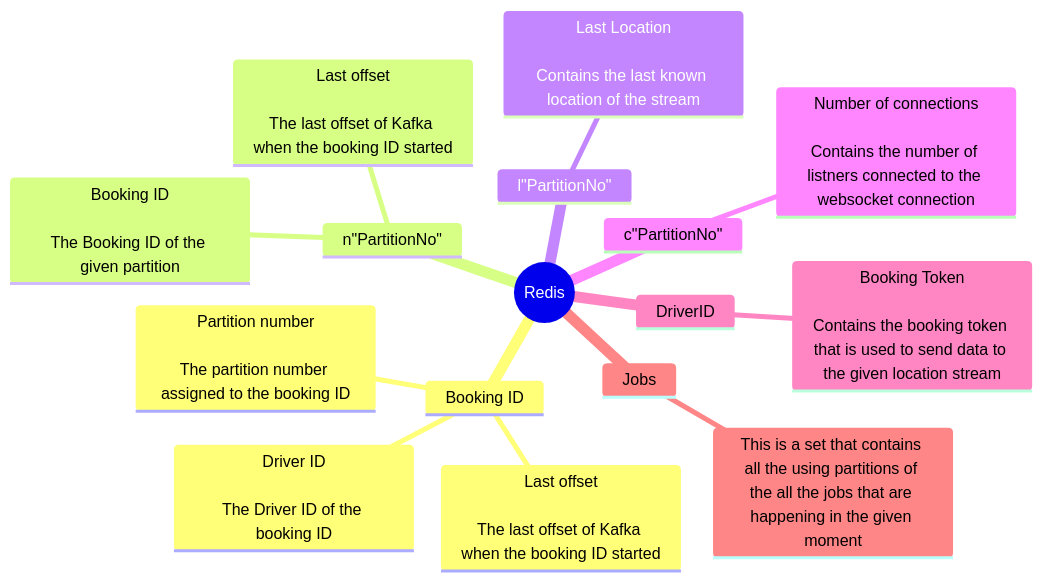
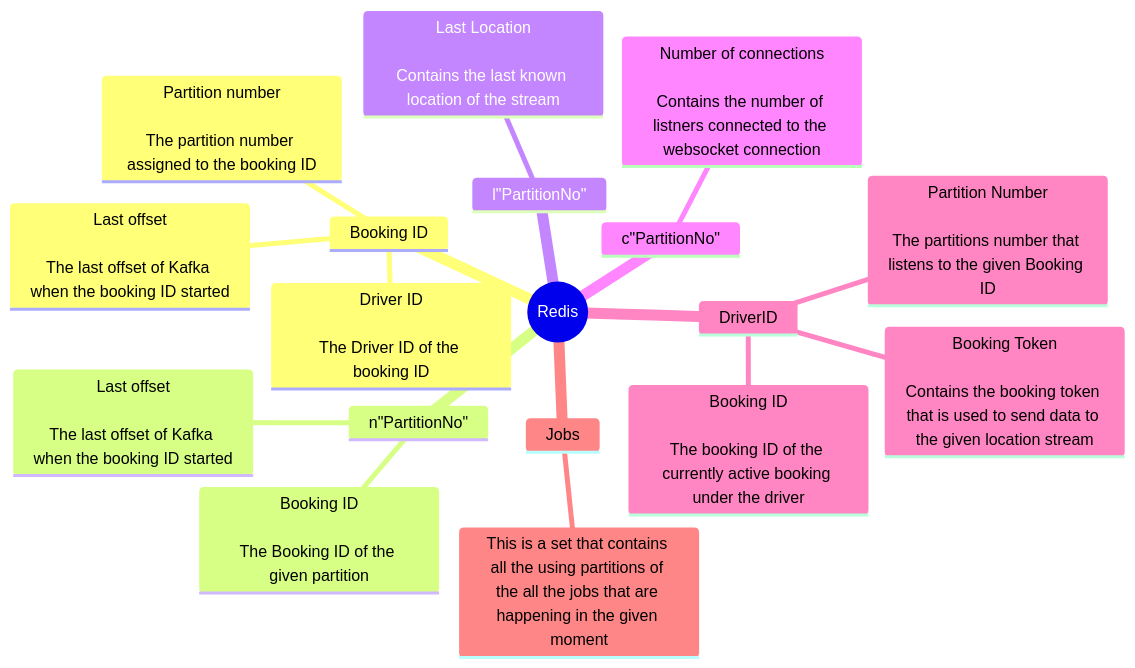
The diagram in ARCHITECTURE.md (VinukaThejana/driver_tracker), drawn with Mermaid before and after one commit.

Commit message:
doc(architecture): updated the architecture to reflect the changes

````diff
--- a/ARCHITECTURE.md
+++ b/ARCHITECTURE.md
@@ -4,19 +4,21 @@
 ```mermaid
 mindmap
   root((Redis))
     Booking ID
       Partition number<br/><br/>The partition number assigned to the booking ID
       Last offset<br/><br />The last offset of Kafka when the booking ID started
       Driver ID<br/><br />The Driver ID of the booking ID
     n"PartitionNo"
       Booking ID<br/><br />The Booking ID of the given partition
       Last offset<br/><br />The last offset of Kafka when the booking ID started
     l"PartitionNo"
       Last Location<br/><br />Contains the last known location of the stream
     c"PartitionNo"
       Number of connections<br/><br />Contains the number of listners connected to the websocket connection
     DriverID
       Booking Token<br/><br />Contains the booking token that is used to send data to the given location stream
+      Booking ID<br /><br />The booking ID of the currently active booking under the driver
+      Partition Number<br /><br />The partitions number that listens to the given Booking ID
     Jobs
         This is a set that contains all the using partitions of the all the jobs that are happening in the given moment
 ```
````
